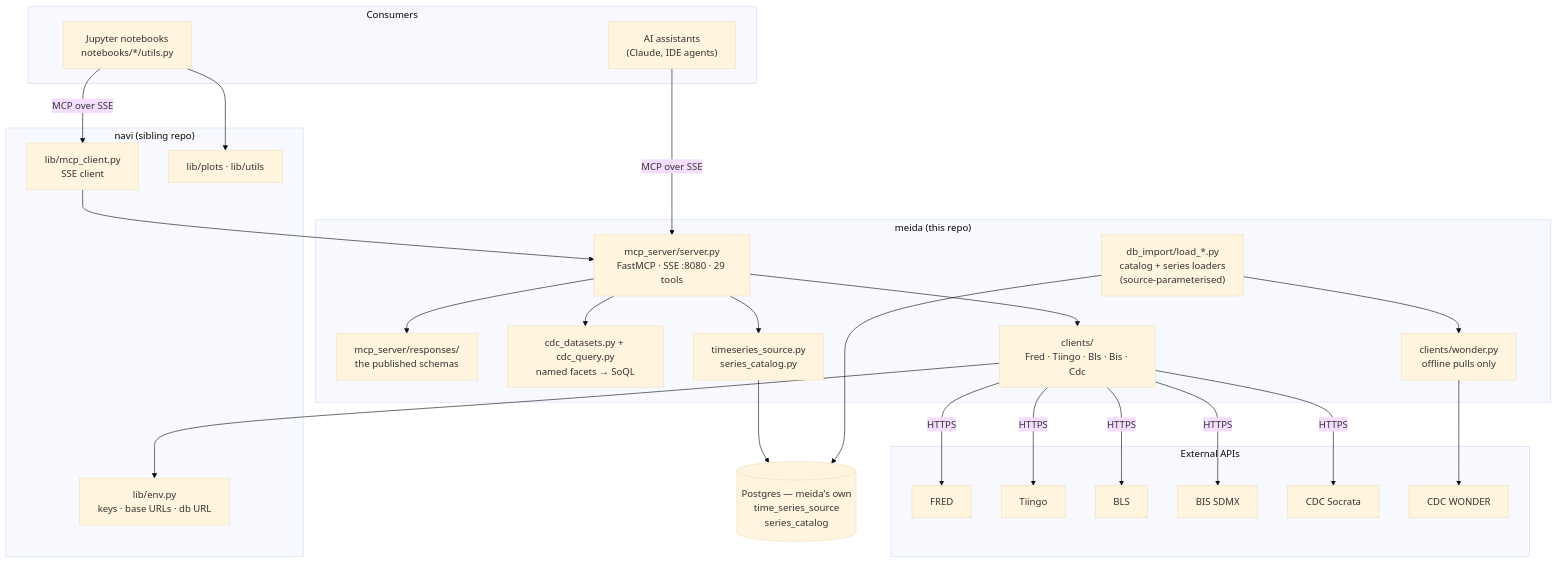
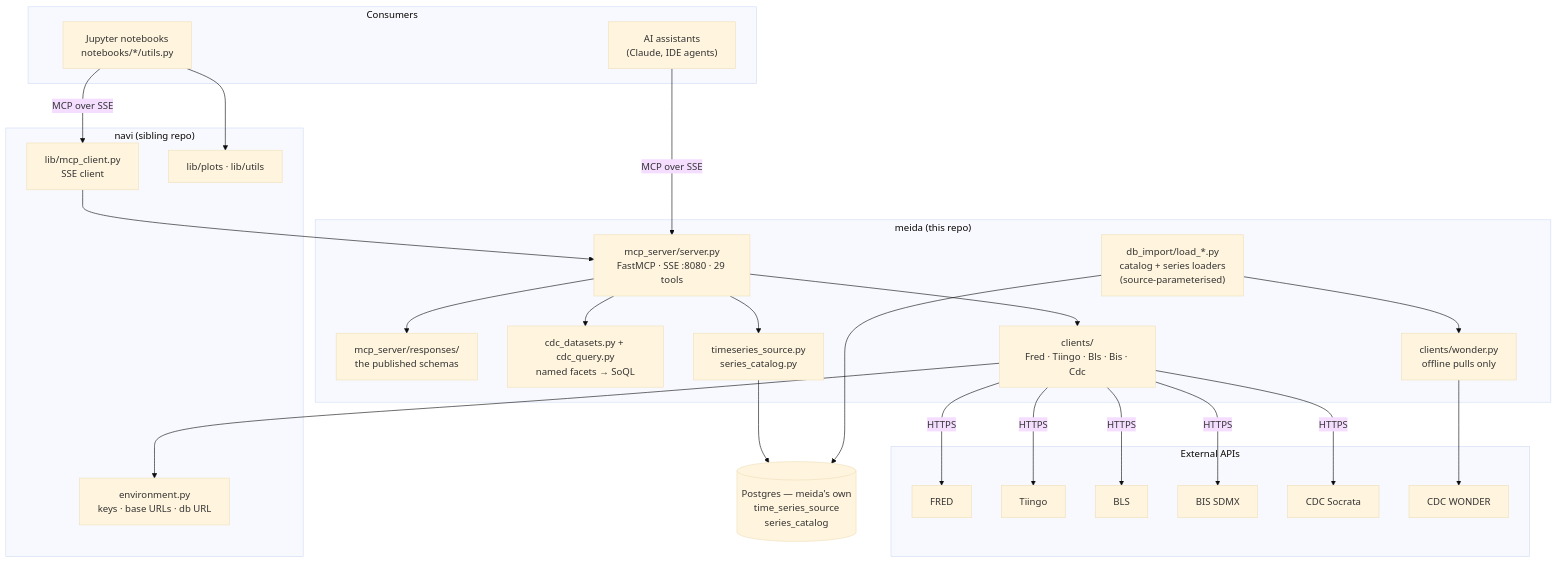
Before and after one commit to glyfish/sefer: the first of 4 diagrams in meida/architecture.md, drawn with Mermaid (base theme). The commit also changed other lines of this file and 8 other files, not shown here.

````diff
--- a/meida/architecture.md
+++ b/meida/architecture.md
@@ -23,46 +24,46 @@
 ```mermaid
 graph TB
     subgraph consumers["Consumers"]
         AI["AI assistants<br/>(Claude, IDE agents)"]
         NB["Jupyter notebooks<br/>notebooks/*/utils.py"]
     end
 
     subgraph meida["meida (this repo)"]
         SRV["mcp_server/server.py<br/>FastMCP · SSE :8080 · 29 tools"]
         RESP["mcp_server/responses/<br/>the published schemas"]
         QRY["cdc_datasets.py + cdc_query.py<br/>named facets → SoQL"]
         DBR["timeseries_source.py<br/>series_catalog.py"]
         CL["clients/<br/>Fred · Tiingo · Bls · Bis · Cdc"]
         WC["clients/wonder.py<br/>offline pulls only"]
         LOAD["db_import/load_*.py<br/>catalog + series loaders<br/>(source-parameterised)"]
     end
 
     subgraph navi["navi (sibling repo)"]
-        ENV["lib/env.py<br/>keys · base URLs · db URL"]
+        ENV["environment.py<br/>keys · base URLs · db URL"]
         MCPC["lib/mcp_client.py<br/>SSE client"]
         PLOT["lib/plots · lib/utils"]
     end
 
     DB[("Postgres — meida's own<br/>time_series_source<br/>series_catalog")]
 
     subgraph ext["External APIs"]
         FRED["FRED"]
         TIINGO["Tiingo"]
         BLS["BLS"]
         BIS["BIS SDMX"]
         SOC["CDC Socrata"]
         WON["CDC WONDER"]
     end
 
     AI -->|MCP over SSE| SRV
     NB -->|MCP over SSE| MCPC --> SRV
     NB --> PLOT
     SRV --> RESP
     SRV --> QRY
     SRV --> DBR --> DB
     SRV --> CL
     CL --> ENV
     LOAD --> DB
     LOAD --> WC --> WON
     CL -->|HTTPS| FRED & TIINGO & BLS & BIS & SOC
 ```
````
